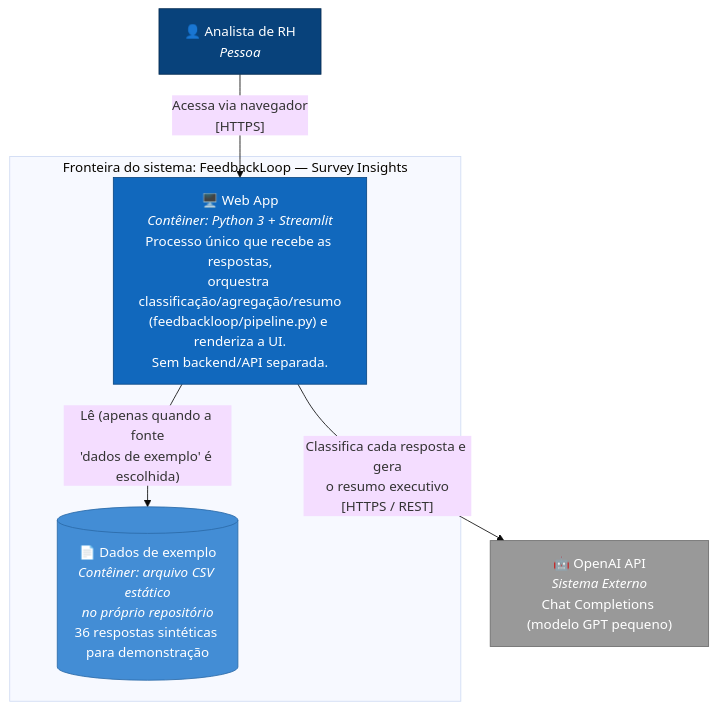
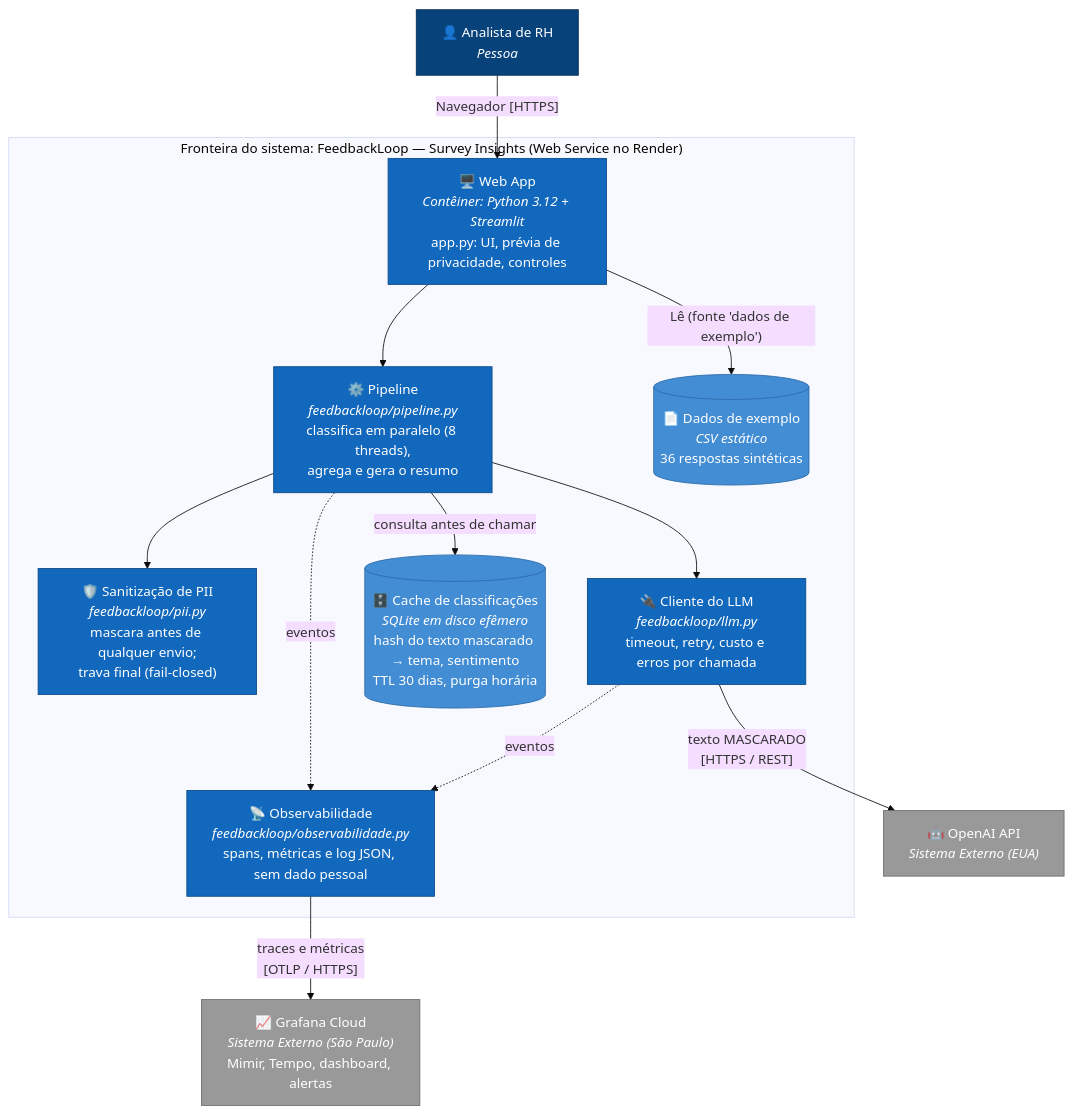
The diagram in docs/architecture/c4-nivel2-conteineres.md (gabrdias/ai-factory-feedbackloop), drawn with Mermaid (base theme) before and after one commit. The commit also changed other lines of this file and 3 other files, not shown here.

````diff
--- a/docs/architecture/c4-nivel2-conteineres.md
+++ b/docs/architecture/c4-nivel2-conteineres.md
@@ -5,20 +5,39 @@
 ```mermaid
 flowchart TD
     Analista["👤 Analista de RH<br/><i>Pessoa</i>"]
 
-    subgraph Boundary["Fronteira do sistema: FeedbackLoop — Survey Insights"]
-        WebApp["🖥️ Web App<br/><i>Contêiner: Python 3 + Streamlit</i><br/>Processo único que recebe as respostas,<br/>orquestra classificação/agregação/resumo<br/>(feedbackloop/pipeline.py) e renderiza a UI.<br/>Sem backend/API separada."]
-        CSV[("📄 Dados de exemplo<br/><i>Contêiner: arquivo CSV estático<br/>no próprio repositório</i><br/>36 respostas sintéticas para demonstração")]
+    subgraph Boundary["Fronteira do sistema: FeedbackLoop — Survey Insights (Web Service no Render)"]
+        WebApp["🖥️ Web App<br/><i>Contêiner: Python 3.12 + Streamlit</i><br/>app.py: UI, prévia de privacidade, controles"]
+        Pipeline["⚙️ Pipeline<br/><i>feedbackloop/pipeline.py</i><br/>classifica em paralelo (8 threads),<br/>agrega e gera o resumo"]
+        PII["🛡️ Sanitização de PII<br/><i>feedbackloop/pii.py</i><br/>mascara antes de qualquer envio;<br/>trava final (fail-closed)"]
+        LLM["🔌 Cliente do LLM<br/><i>feedbackloop/llm.py</i><br/>timeout, retry, custo e erros por chamada"]
+        Obs["📡 Observabilidade<br/><i>feedbackloop/observabilidade.py</i><br/>spans, métricas e log JSON, sem dado pessoal"]
+        Cache[("🗄️ Cache de classificações<br/><i>SQLite em disco efêmero</i><br/>hash do texto mascarado → tema, sentimento<br/>TTL 30 dias, purga horária")]
+        CSV[("📄 Dados de exemplo<br/><i>CSV estático</i><br/>36 respostas sintéticas")]
     end
 
-    OpenAI["🤖 OpenAI API<br/><i>Sistema Externo</i><br/>Chat Completions (modelo GPT pequeno)"]
+    OpenAI["🤖 OpenAI API<br/><i>Sistema Externo (EUA)</i>"]
+    Grafana["📈 Grafana Cloud<br/><i>Sistema Externo (São Paulo)</i><br/>Mimir, Tempo, dashboard, alertas"]
 
-    Analista -- "Acessa via navegador<br/>[HTTPS]" --> WebApp
-    WebApp -- "Lê (apenas quando a fonte<br/>'dados de exemplo' é escolhida)" --> CSV
-    WebApp -- "Classifica cada resposta e gera<br/>o resumo executivo<br/>[HTTPS / REST]" --> OpenAI
+    Analista -- "Navegador [HTTPS]" --> WebApp
+    WebApp -- "Lê (fonte 'dados de exemplo')" --> CSV
+    WebApp --> Pipeline
+    Pipeline --> PII
+    Pipeline -- "consulta antes de chamar" --> Cache
+    Pipeline --> LLM
+    LLM -- "texto MASCARADO<br/>[HTTPS / REST]" --> OpenAI
+    Pipeline -. "eventos" .-> Obs
+    LLM -. "eventos" .-> Obs
+    Obs -- "traces e métricas<br/>[OTLP / HTTPS]" --> Grafana
 
     style WebApp fill:#1168bd,color:#ffffff,stroke:#0b4884
+    style Pipeline fill:#1168bd,color:#ffffff,stroke:#0b4884
+    style PII fill:#1168bd,color:#ffffff,stroke:#0b4884
+    style LLM fill:#1168bd,color:#ffffff,stroke:#0b4884
+    style Obs fill:#1168bd,color:#ffffff,stroke:#0b4884
     style OpenAI fill:#999999,color:#ffffff,stroke:#6b6b6b
+    style Grafana fill:#999999,color:#ffffff,stroke:#6b6b6b
     style Analista fill:#08427b,color:#ffffff,stroke:#052c52
+    style Cache fill:#438dd5,color:#ffffff,stroke:#2c6aa8
     style CSV fill:#438dd5,color:#ffffff,stroke:#2c6aa8
 ```
````
